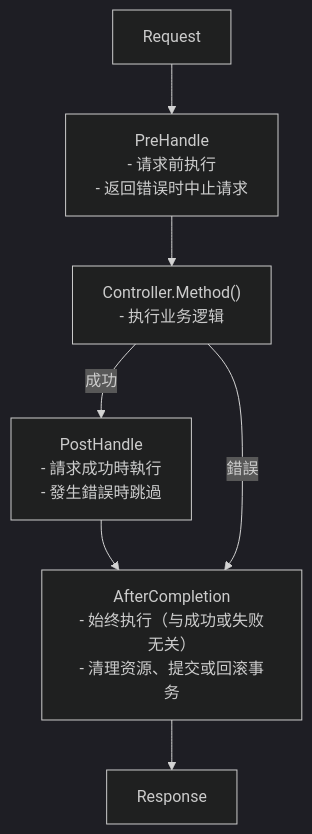
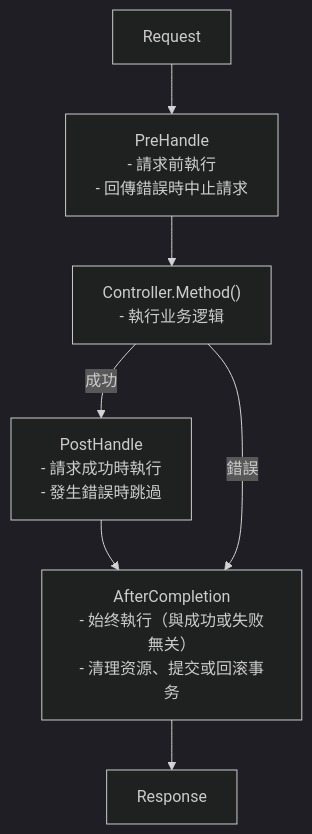
Before and after one commit to NARUBROWN/spine-site: the diagram in docs/zh-Hant/learn/tutorial/4-interceptor.md, drawn with Mermaid (dark theme). The commit also changed other lines of this file and 15 other files, not shown here.

````diff
--- a/docs/zh-Hant/learn/tutorial/4-interceptor.md
+++ b/docs/zh-Hant/learn/tutorial/4-interceptor.md
@@ -18,15 +18,15 @@
 ```mermaid
 graph TD
     Request
-    Request --> Pre["PreHandle<br/>- 请求前执行<br/>- 返回错误时中止请求"]
+    Request --> Pre["PreHandle<br/>- 請求前執行<br/>- 回傳錯誤時中止請求"]
 
-    Pre --> Controller["Controller.Method()<br/>- 执行业务逻辑"]
+    Pre --> Controller["Controller.Method()<br/>- 執行业务逻辑"]
 
     Controller -- 成功 --> Post["PostHandle<br/>- 請求成功時執行<br/>- 發生錯誤時跳過"]
 
-    Post --> After["AfterCompletion<br/>- 始终执行（与成功或失败无关）<br/>- 清理资源、提交或回滚事务"]
+    Post --> After["AfterCompletion<br/>- 始终執行（與成功或失败無关）<br/>- 清理资源、提交或回滚事务"]
 
     Controller -- 錯誤 --> After
 
     After --> Response
 ```
````
